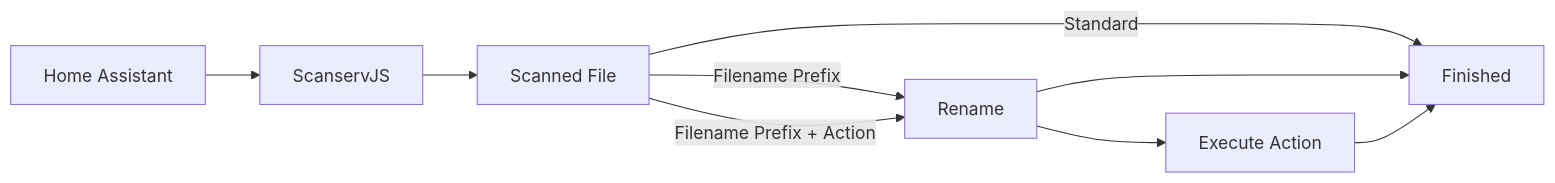
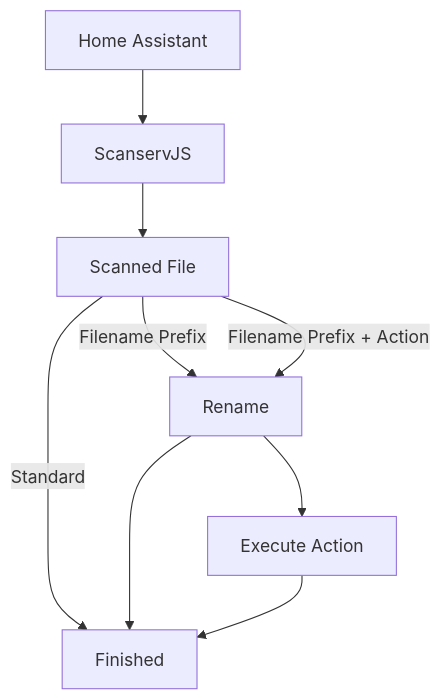
One commit to marioir2001/scanservjs_ha changed the diagram in README.md. Above: the diagram before and after it, drawn with Mermaid.

````diff
--- a/README.md
+++ b/README.md
@@ -118,9 +118,9 @@
 ```mermaid
-flowchart LR
+flowchart TD
     A[Home Assistant] --> B[ScanservJS]
     B --> C[Scanned File]
 
     C -->|Standard| H[Finished]
     C -->|Filename Prefix| D[Rename] --> H
     C -->|Filename Prefix + Action| D --> E[Execute Action] --> H
 ```
````
